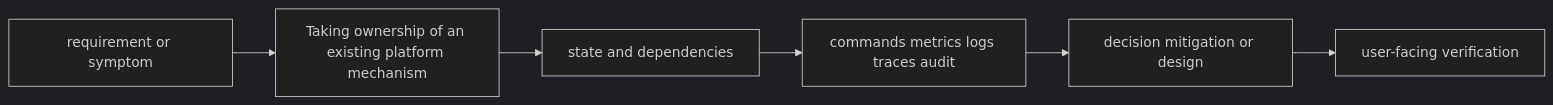
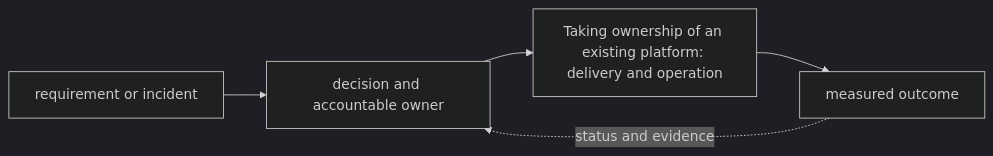
Before and after one commit to tomkidumbuyo/DevOps-interview-preparation: the diagram in 00-role-ownership/03-taking-ownership-of-an-existing-platform/README.md, drawn with Mermaid (dark theme). The commit also changed other lines of this file and 753 other files, not shown here.

````diff
--- a/00-role-ownership/03-taking-ownership-of-an-existing-platform/README.md
+++ b/00-role-ownership/03-taking-ownership-of-an-existing-platform/README.md
@@ -21,8 +31,7 @@
 ```mermaid
 flowchart LR
-  R[requirement or symptom] --> M[Taking ownership of an existing platform mechanism]
-  M --> S[state and dependencies]
-  S --> O[commands metrics logs traces audit]
-  O --> D[decision mitigation or design]
-  D --> V[user-facing verification]
+  A["requirement or incident"] --> B["decision and accountable owner"]
+  B --> C["Taking ownership of an existing platform: delivery and operation"]
+  C --> D["measured outcome"]
+  D -. "status and evidence" .-> B
 ```
````
